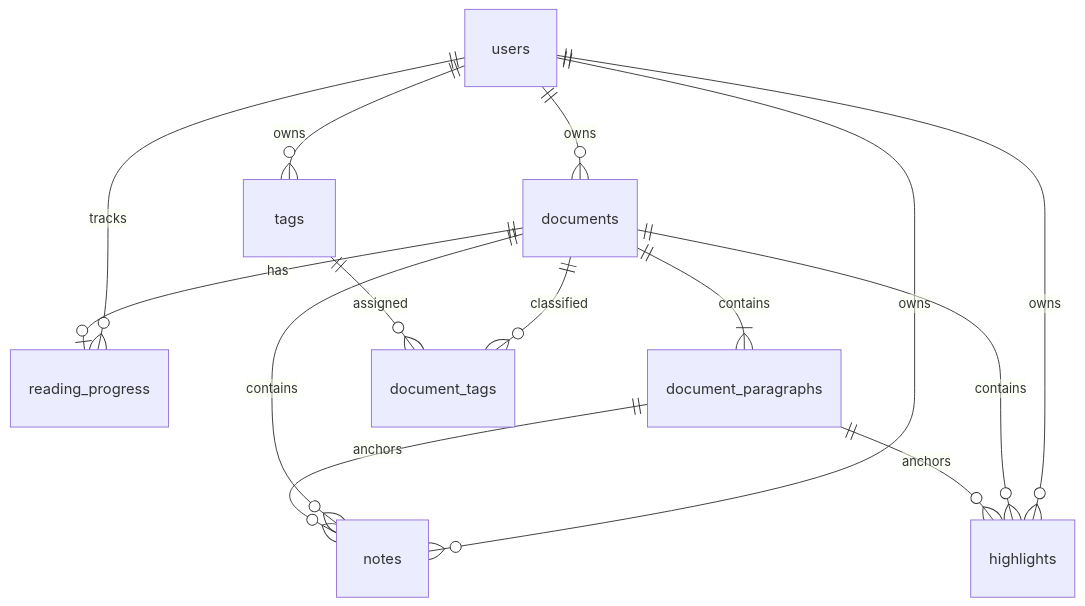
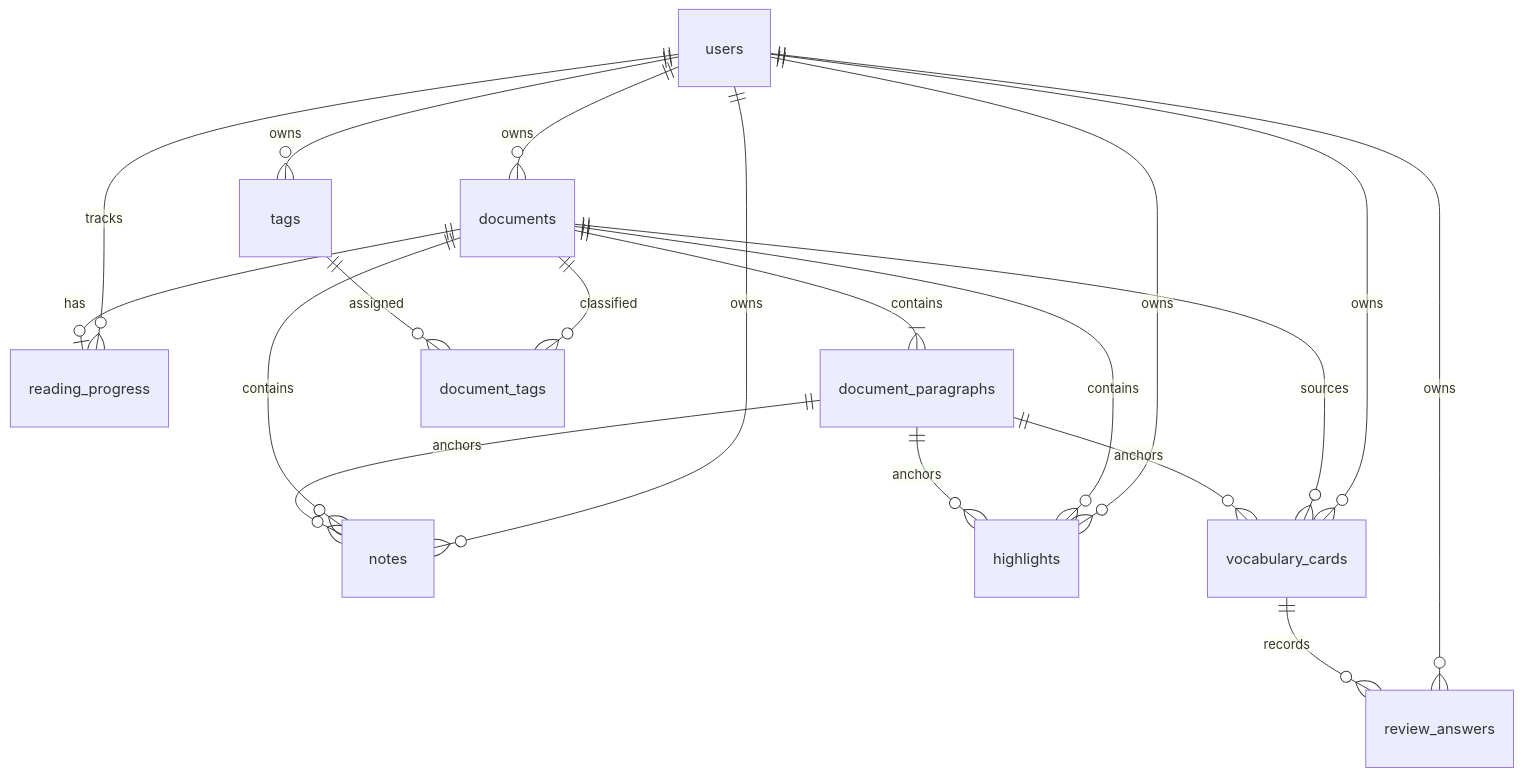
One commit to huishingcheung/IntelliRead changed the diagram in docs/design/DATABASE_DESIGN.md. Above: the diagram before and after it, drawn with Mermaid. The commit also changed other lines of this file and 8 other files, not shown here.

First line of the commit message:
feat: add vocabulary review backend routes (#5)

````diff
--- a/docs/design/DATABASE_DESIGN.md
+++ b/docs/design/DATABASE_DESIGN.md
@@ -13,16 +13,21 @@
 ```mermaid
 erDiagram
     users ||--o{ documents : owns
     users ||--o{ reading_progress : tracks
     documents ||--|{ document_paragraphs : contains
     documents ||--o| reading_progress : has
     users ||--o{ tags : owns
     documents ||--o{ document_tags : classified
     tags ||--o{ document_tags : assigned
     users ||--o{ notes : owns
     documents ||--o{ notes : contains
     document_paragraphs ||--o{ notes : anchors
     users ||--o{ highlights : owns
     documents ||--o{ highlights : contains
     document_paragraphs ||--o{ highlights : anchors
+    users ||--o{ vocabulary_cards : owns
+    documents ||--o{ vocabulary_cards : sources
+    document_paragraphs ||--o{ vocabulary_cards : anchors
+    users ||--o{ review_answers : owns
+    vocabulary_cards ||--o{ review_answers : records
 ```
````
